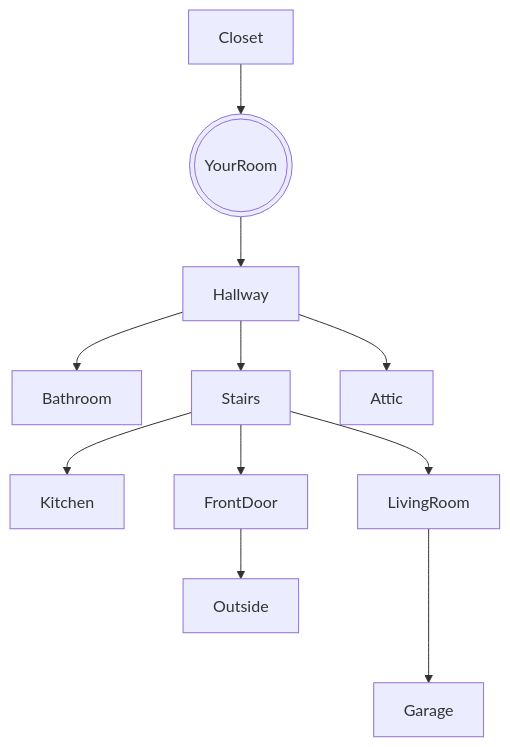
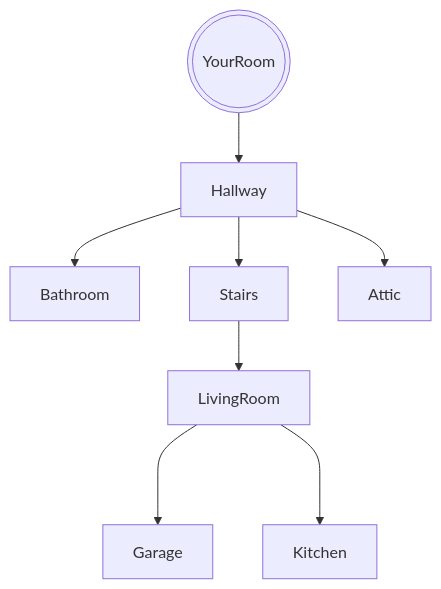
Before and after one commit to Woahthatsalooongusername/Woahthatsalooongusername.github.io: the diagram in projects/game/README.md, drawn with Mermaid. The commit also changed other lines of this file, not shown here.

````diff
--- a/projects/game/README.md
+++ b/projects/game/README.md
@@ -9,13 +9,10 @@
 ```mermaid
 graph TD;
-    Closet-->YourRoom;
     YourRoom(((YourRoom)))-->Hallway;
     Hallway-->Bathroom;
     Hallway-->Stairs;
     Hallway-->Attic;
-    Stairs-->Kitchen;
     Stairs-->LivingRoom;
     LivingRoom--->Garage;
-    Stairs-->FrontDoor;
-    FrontDoor-->Outside;
+    LivingRoom--->Kitchen;
 ```
````
